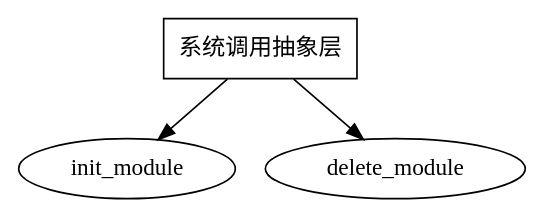
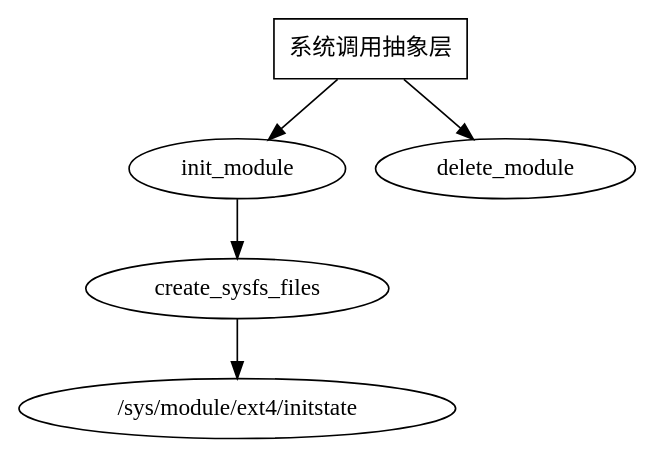
One commit to limingth/comment-subs changed the diagram in pdf/figures/3-syscall.dot. Above: the diagram before and after it, drawn with Graphviz. The commit also changed 14 other files, not shown here.

```diff
--- a/pdf/figures/3-syscall.dot
+++ b/pdf/figures/3-syscall.dot
@@ -1,8 +1,9 @@
 digraph G {
 
 	系统调用抽象层 [shape=box];
 
 	系统调用抽象层 -> init_module;
 	系统调用抽象层 -> delete_module;
 
+	init_module -> create_sysfs_files -> "/sys/module/ext4/initstate";
 }
```
